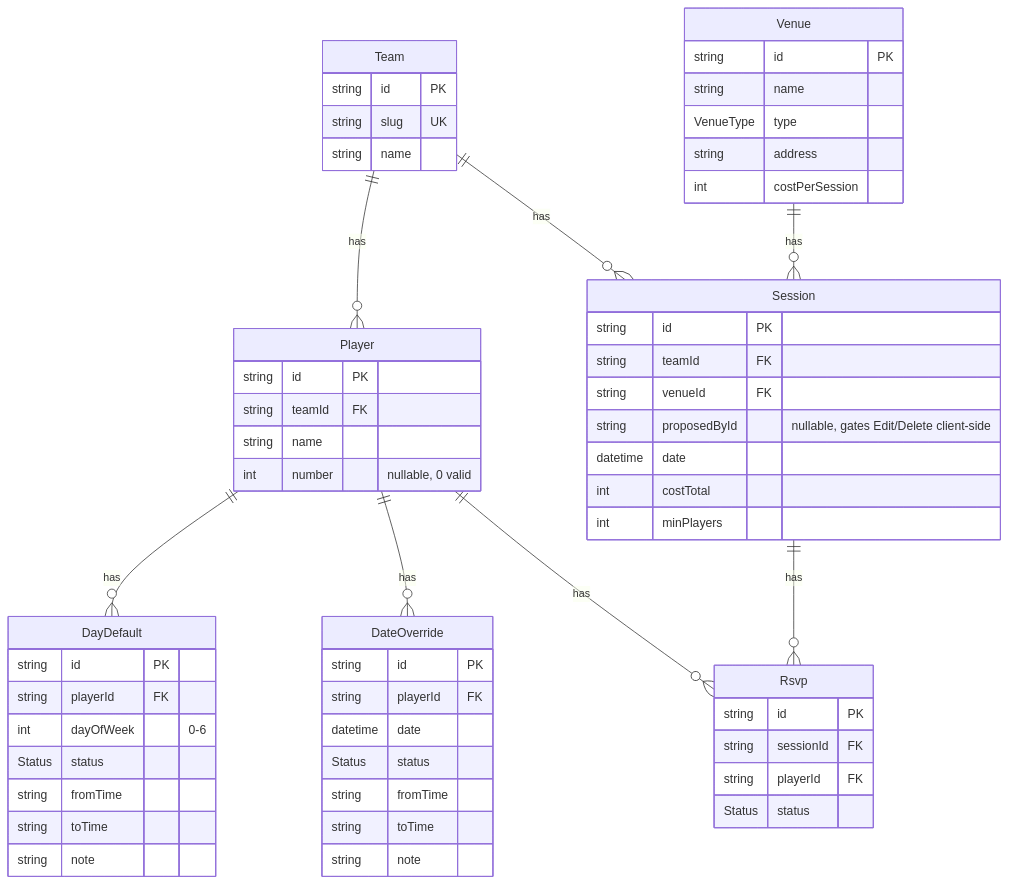
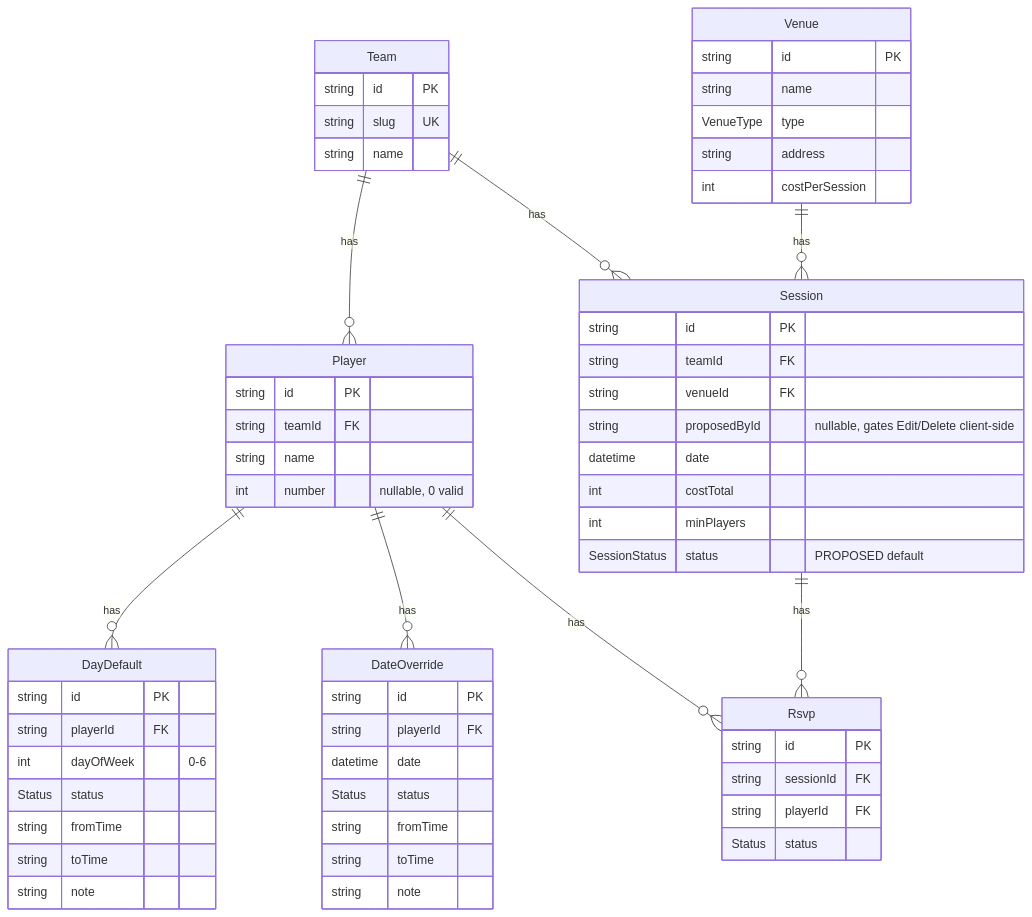
The third of 11 diagrams in context/practiceRuns-Architecture.md (tmdbah/practice-runs), drawn with Mermaid before and after one commit. The commit also changed other lines of this file and 18 other files, not shown here.

First line of the commit message:
feat: add session status management with confirm and cancel functionality

````diff
--- a/context/practiceRuns-Architecture.md
+++ b/context/practiceRuns-Architecture.md
@@ -95,62 +95,63 @@
 ```mermaid
 erDiagram
     Team ||--o{ Player : has
     Player ||--o{ DayDefault : has
     Player ||--o{ DateOverride : has
     Team ||--o{ Session : has
     Venue ||--o{ Session : has
     Session ||--o{ Rsvp : has
     Player ||--o{ Rsvp : has
 
     Team {
         string id PK
         string slug UK
         string name
     }
     Player {
         string id PK
         string teamId FK
         string name
         int number "nullable, 0 valid"
     }
     DayDefault {
         string id PK
         string playerId FK
         int dayOfWeek "0-6"
         Status status
         string fromTime
         string toTime
         string note
     }
     DateOverride {
         string id PK
         string playerId FK
         datetime date
         Status status
         string fromTime
         string toTime
         string note
     }
     Venue {
         string id PK
         string name
         VenueType type
         string address
         int costPerSession
     }
     Session {
         string id PK
         string teamId FK
         string venueId FK
         string proposedById "nullable, gates Edit/Delete client-side"
         datetime date
         int costTotal
         int minPlayers
+        SessionStatus status "PROPOSED default"
     }
     Rsvp {
         string id PK
         string sessionId FK
         string playerId FK
         Status status
     }
 ```
````
